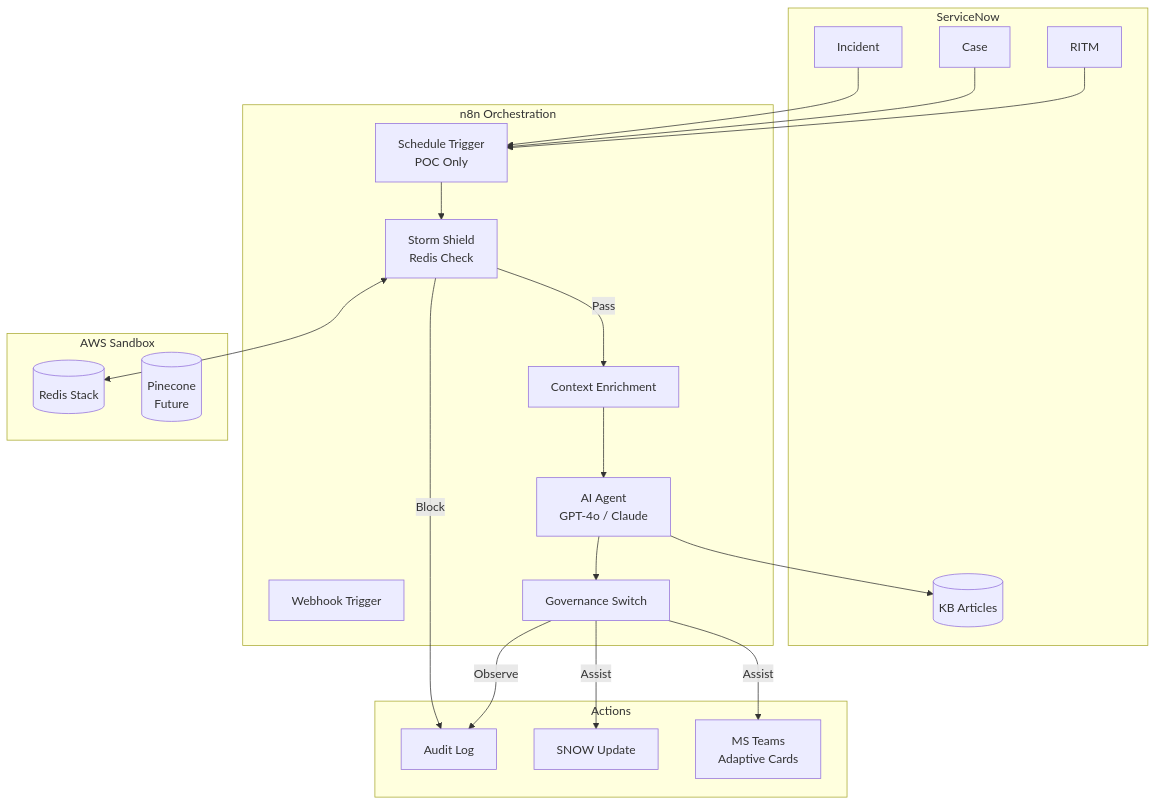
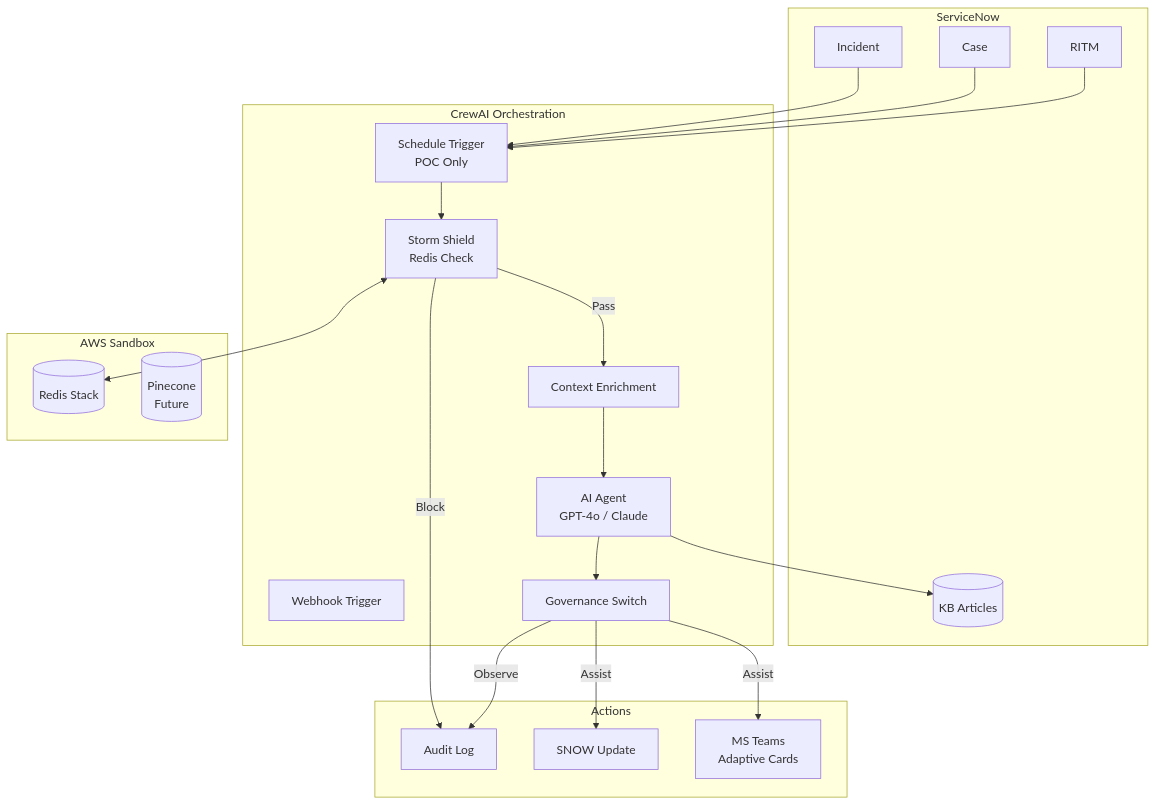
The tenth of 16 diagrams in docs/implementation_plan.md (maniltns/AEGIS), drawn with Mermaid before and after one commit. The commit also changed other lines of this file and 14 other files, not shown here.

Commit message:
docs: Add comprehensive documentation for AEGIS architecture, demo, setup, and executive insights, and update contributing guidelines for the Python/CrewAI agent stack.

````diff
--- a/docs/implementation_plan.md
+++ b/docs/implementation_plan.md
@@ -843,43 +843,43 @@
 ```mermaid
 graph TD
     subgraph "ServiceNow"
         SNOW_INC[Incident]
         SNOW_CASE[Case]
         SNOW_RITM[RITM]
         SNOW_KB[(KB Articles)]
     end
     
-    subgraph "n8n Orchestration"
+    subgraph "CrewAI Orchestration"
         WEBHOOK[Webhook Trigger]
         POLL[Schedule Trigger<br/>POC Only]
         STORM[Storm Shield<br/>Redis Check]
         ENRICH[Context Enrichment]
         AI[AI Agent<br/>GPT-4o / Claude]
         GOV[Governance Switch]
     end
     
     subgraph "AWS Sandbox"
         REDIS[(Redis Stack)]
         PINECONE[(Pinecone<br/>Future)]
     end
     
     subgraph "Actions"
         TEAMS[MS Teams<br/>Adaptive Cards]
         UPDATE[SNOW Update]
         AUDIT[Audit Log]
     end
     
     SNOW_INC --> POLL
     SNOW_CASE --> POLL
     SNOW_RITM --> POLL
     POLL --> STORM
     STORM -->|Pass| ENRICH
     STORM -->|Block| AUDIT
     ENRICH --> AI
     AI --> SNOW_KB
     AI --> GOV
     GOV -->|Assist| TEAMS
     GOV -->|Assist| UPDATE
     GOV -->|Observe| AUDIT
     STORM <--> REDIS
 ```
````
